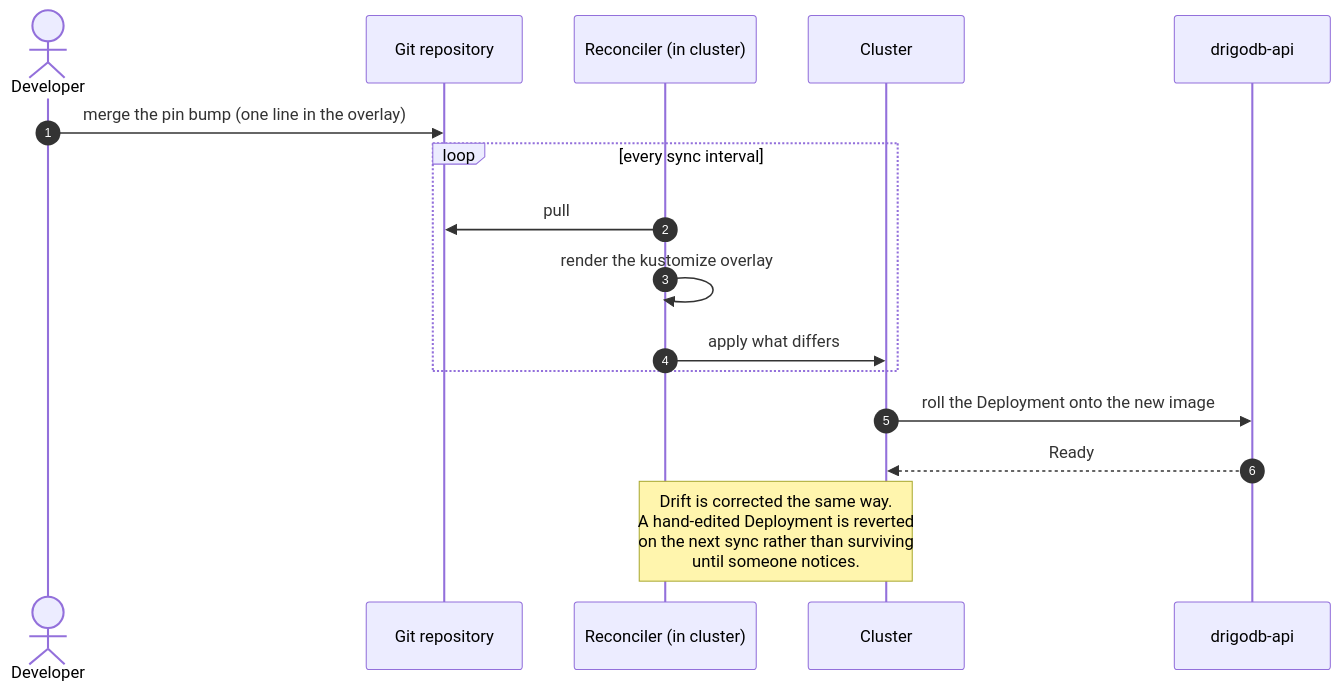
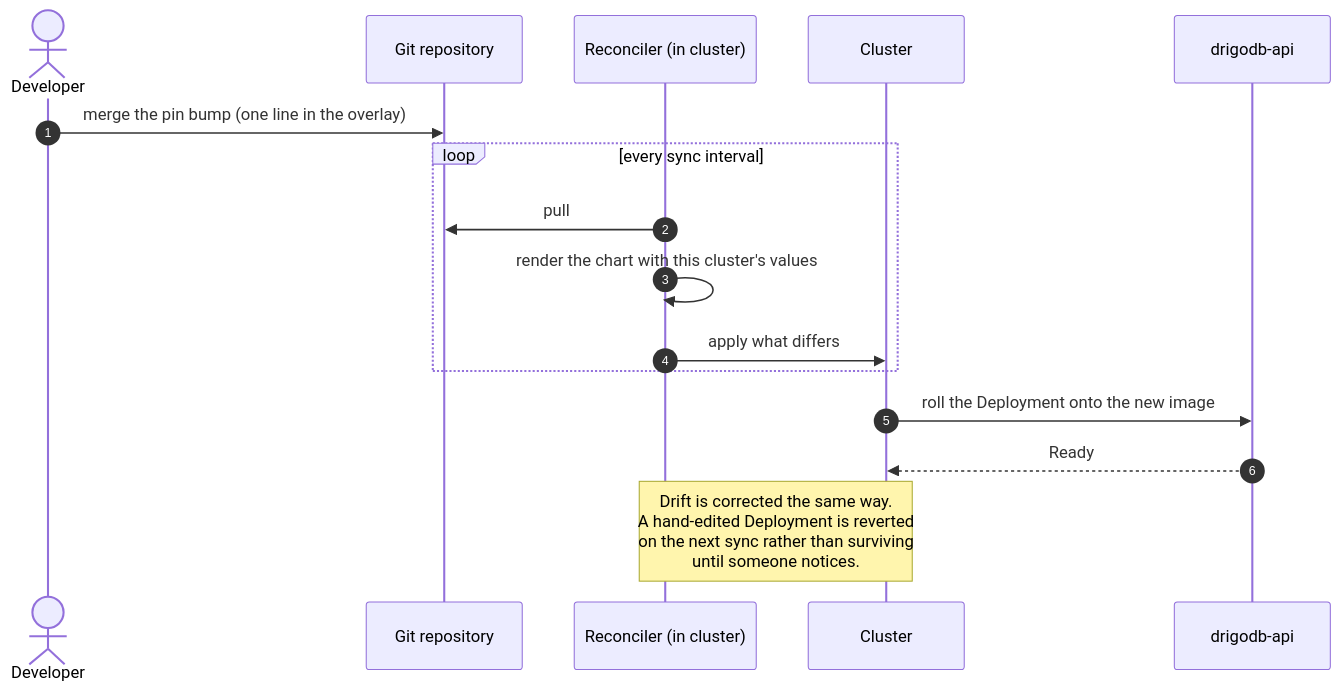
One commit to drigolabs/drigodb changed the third of 4 diagrams in docs/diagrams/deploy-flow.md. Above: the diagram before and after it, drawn with Mermaid. The commit also changed other lines of this file and 1 other file, not shown here.

````diff
--- a/docs/diagrams/deploy-flow.md
+++ b/docs/diagrams/deploy-flow.md
@@ -87,20 +87,20 @@
 ```mermaid
 sequenceDiagram
     autonumber
     actor Dev as Developer
     participant Repo as Git repository
     participant Recon as Reconciler (in cluster)
     participant K8s as Cluster
     participant API as drigodb-api
 
     Dev->>Repo: merge the pin bump (one line in the overlay)
     loop every sync interval
         Recon->>Repo: pull
-        Recon->>Recon: render the kustomize overlay
+        Recon->>Recon: render the chart with this cluster's values
         Recon->>K8s: apply what differs
     end
     K8s->>API: roll the Deployment onto the new image
     API-->>K8s: Ready
 
     Note over Recon,K8s: Drift is corrected the same way.<br/>A hand-edited Deployment is reverted<br/>on the next sync rather than surviving<br/>until someone notices.
 ```
````
